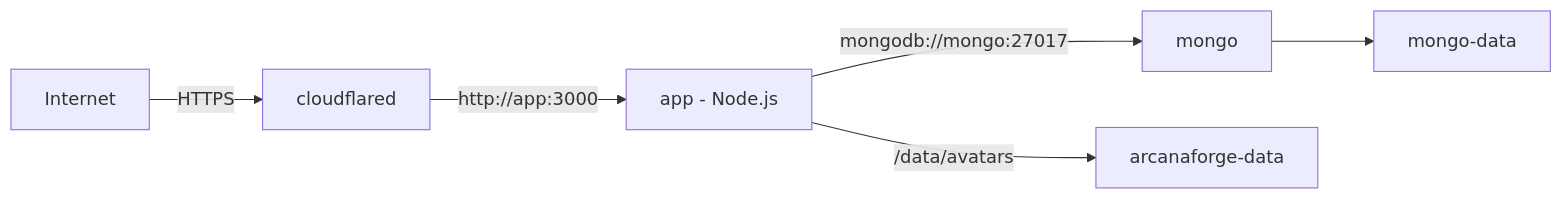
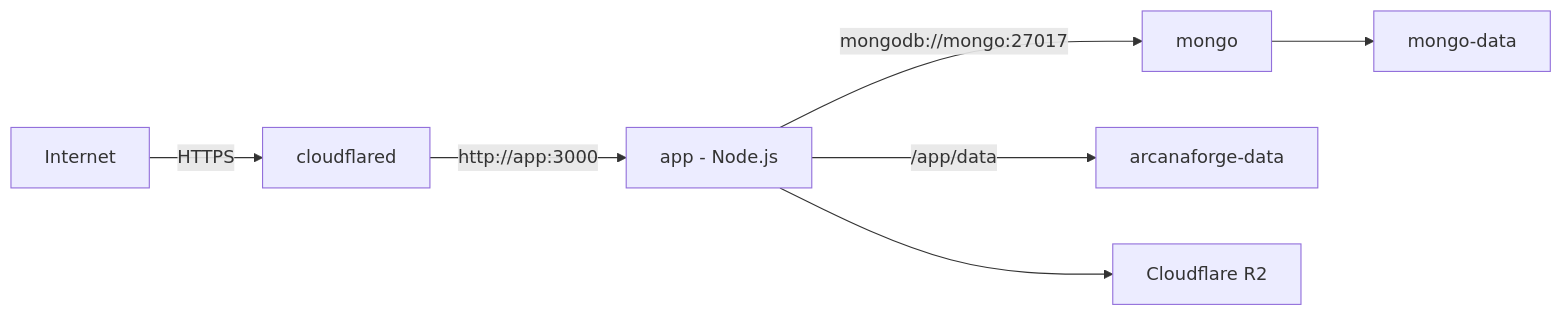
The diagram in README.md (danillocesar/arcanaforge), drawn with Mermaid before and after one commit. The commit also changed other lines of this file and 72 other files, not shown here.

````diff
--- a/README.md
+++ b/README.md
@@ -390,8 +411,9 @@
 ```mermaid
 graph LR
   Internet -->|HTTPS| Tunnel[cloudflared]
   Tunnel -->|"http://app:3000"| App[app - Node.js]
   App -->|"mongodb://mongo:27017"| Mongo[mongo]
-  App -->|"/data/avatars"| Volume[arcanaforge-data]
+  App -->|"/app/data"| Volume[arcanaforge-data]
+  App --> R2[Cloudflare R2]
   Mongo --> MongoVol[mongo-data]
 ```
````
